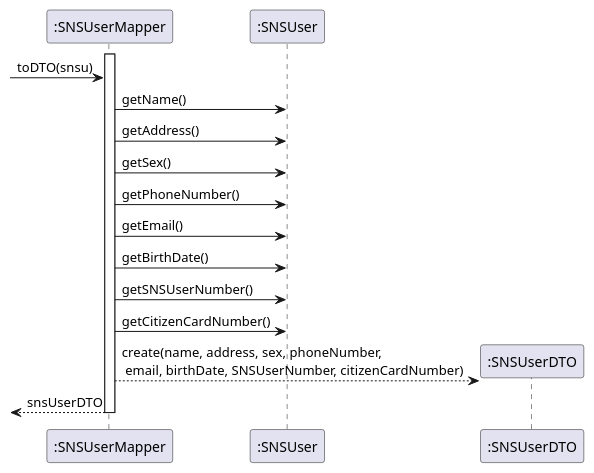
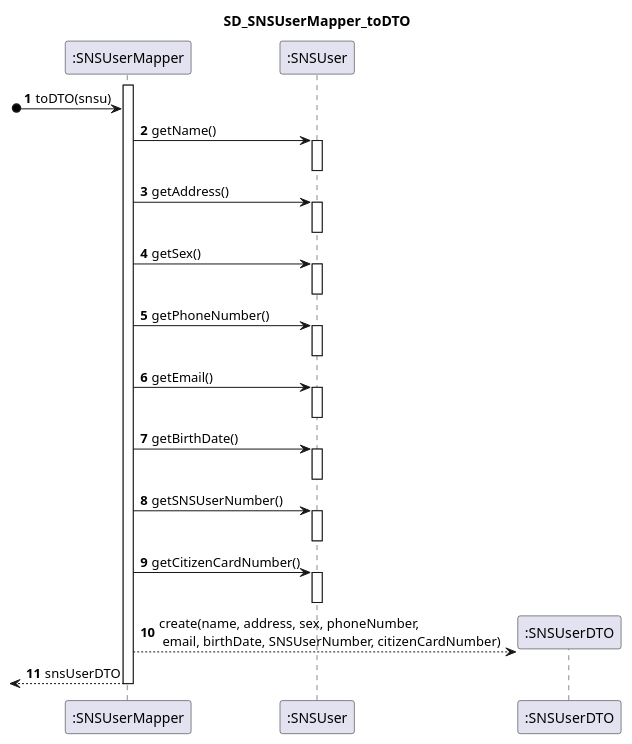
One commit to PedroMesquita1211171/VaccinationManager changed the diagram in docs/SprintD/US/US3/SD_SNSUserMapper_toDTO.puml. Above: the diagram before and after it, drawn with PlantUML. The commit also changed 9 other files, not shown here.

```diff
--- a/docs/SprintD/US/US3/SD_SNSUserMapper_toDTO.puml
+++ b/docs/SprintD/US/US3/SD_SNSUserMapper_toDTO.puml
@@ -1,20 +1,41 @@
 @startuml
+autonumber
+title SD_SNSUserMapper_toDTO
 
 participant ":SNSUserMapper" as mapper
 participant ":SNSUser" as user
 participant ":SNSUserDTO" as dto
+
+
+
 activate mapper
- -> mapper : toDTO(snsu)
+ [o-> mapper : toDTO(snsu)
 mapper -> user : getName()
+activate user
+deactivate user
 mapper -> user : getAddress()
+activate user
+deactivate user
 mapper -> user : getSex()
+activate user
+deactivate user
 mapper -> user : getPhoneNumber()
+activate user
+deactivate user
 mapper -> user : getEmail()
+activate user
+deactivate user
 mapper -> user : getBirthDate()
+activate user
+deactivate user
 mapper -> user : getSNSUserNumber()
+activate user
+deactivate user
 mapper -> user : getCitizenCardNumber()
+activate user
+deactivate user
 mapper --> dto** : create(name, address, sex, phoneNumber, \n email, birthDate, SNSUserNumber, citizenCardNumber)
 <-- mapper: snsUserDTO
 deactivate mapper
 
 @enduml
```
